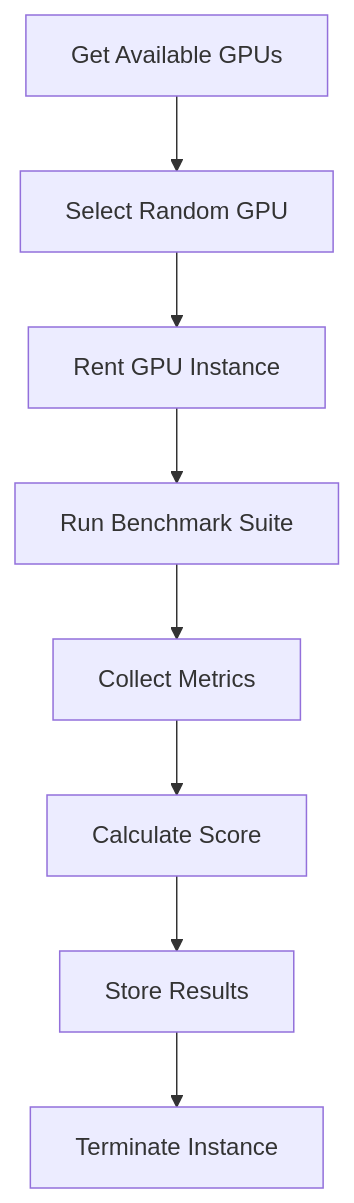
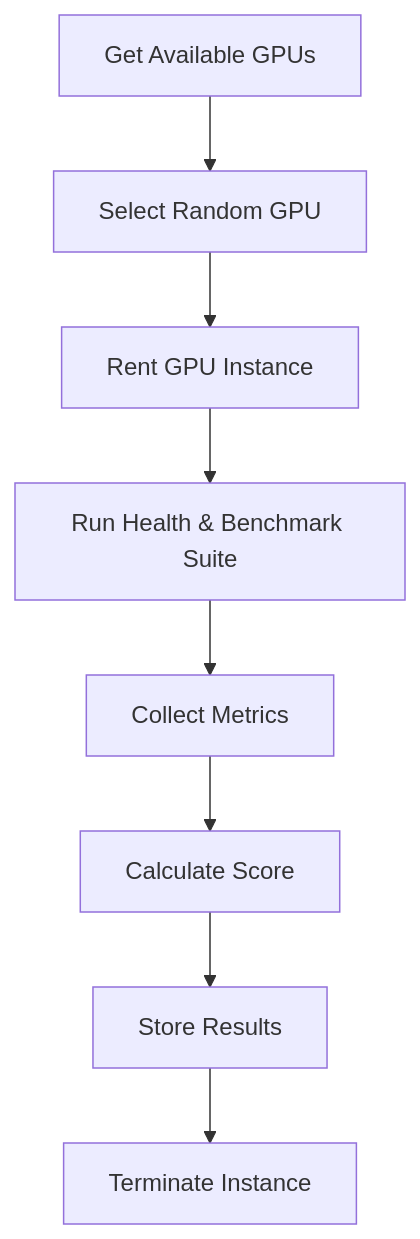
Before and after one commit to aabdel0181/Quok-Agent: the diagram in reliability_agent/README.md, drawn with Mermaid. The commit also changed other lines of this file, not shown here.

````diff
--- a/reliability_agent/README.md
+++ b/reliability_agent/README.md
@@ -50,10 +40,10 @@
    ```mermaid
    graph TD
    A[Get Available GPUs] --> B[Select Random GPU]
    B --> C[Rent GPU Instance]
-   C --> D[Run Benchmark Suite]
+   C --> D[Run Health & Benchmark Suite]
    D --> E[Collect Metrics]
    E --> F[Calculate Score]
    F --> G[Store Results]
    G --> H[Terminate Instance]
    ```
````
